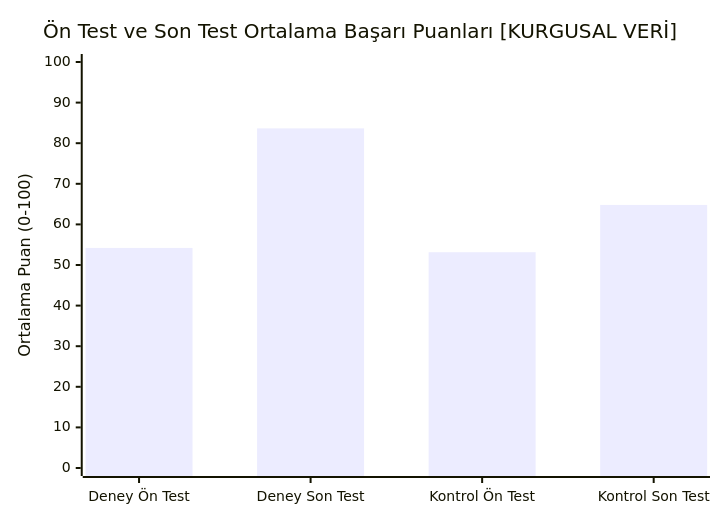
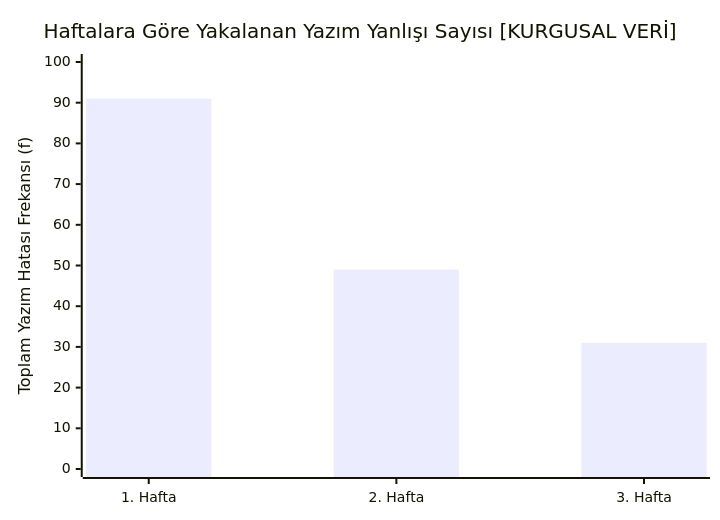
Before and after one commit to hakanatas/soz-izi: the third of 3 diagrams in docs/TUBITAK_2204A_Rapor_Taslagi.md, drawn with Mermaid. The commit also changed other lines of this file and 1 other file, not shown here.

````diff
--- a/docs/TUBITAK_2204A_Rapor_Taslagi.md
+++ b/docs/TUBITAK_2204A_Rapor_Taslagi.md
@@ -131,7 +276,7 @@
 ```mermaid
 xychart-beta
-    title "Ön Test ve Son Test Ortalama Başarı Puanları [KURGUSAL VERİ]"
-    x-axis ["Deney Ön Test", "Deney Son Test", "Kontrol Ön Test", "Kontrol Son Test"]
-    y-axis "Ortalama Puan (0-100)" 0 --> 100
-    bar [54.2, 83.65, 53.15, 64.8]
+    title "Haftalara Göre Yakalanan Yazım Yanlışı Sayısı [KURGUSAL VERİ]"
+    x-axis ["1. Hafta", "2. Hafta", "3. Hafta"]
+    y-axis "Toplam Yazım Hatası Frekansı (f)" 0 --> 100
+    bar [91, 49, 31]
 ```
````
